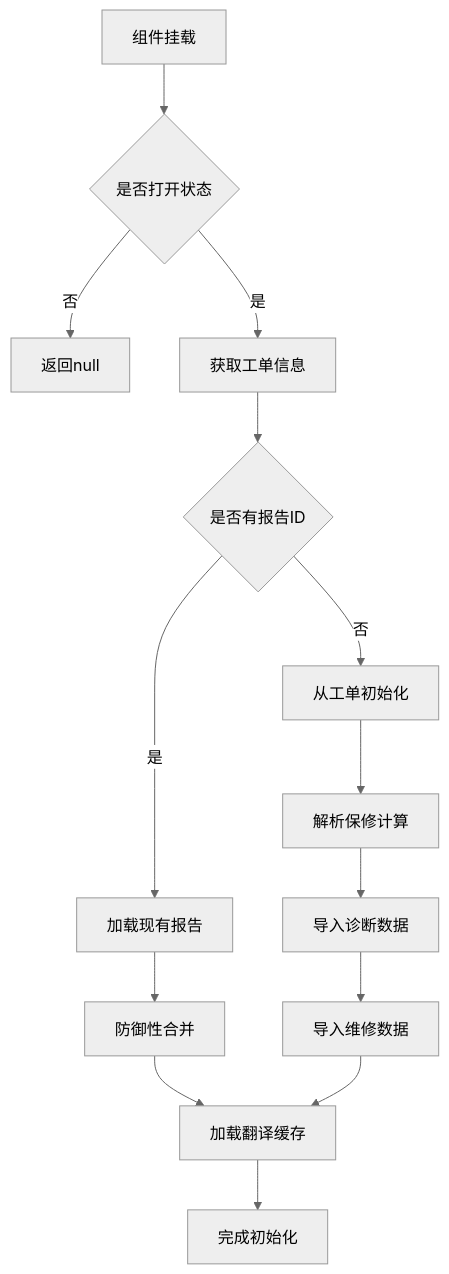
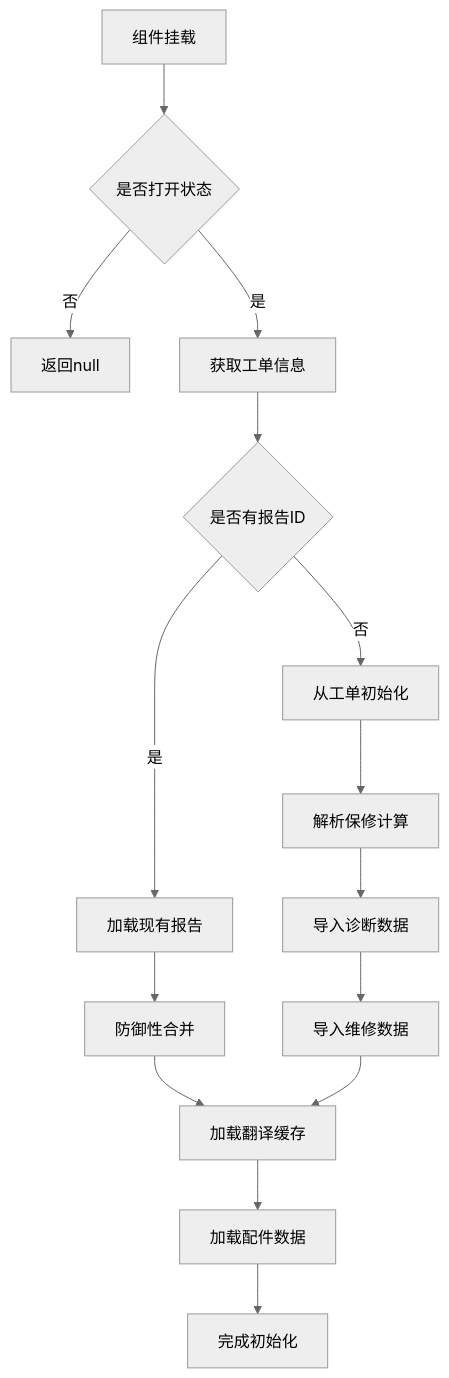
Before and after one commit to CubeEdge/Longhorn: the sixth of 45 diagrams in .qoder/repowiki/zh/content/Repair Report Editor Component.md, drawn with Mermaid (neutral theme). The commit also changed other lines of this file and 28 other files, not shown here.

````diff
--- a/.qoder/repowiki/zh/content/Repair Report Editor Component.md
+++ b/.qoder/repowiki/zh/content/Repair Report Editor Component.md
@@ -340,16 +411,17 @@
 ```mermaid
 flowchart TD
 A[组件挂载] --> B{是否打开状态}
 B --> |否| C[返回null]
 B --> |是| D[获取工单信息]
 D --> E{是否有报告ID}
 E --> |是| F[加载现有报告]
 E --> |否| G[从工单初始化]
 F --> H[防御性合并]
 G --> I[解析保修计算]
 I --> J[导入诊断数据]
 J --> K[导入维修数据]
 H --> L[加载翻译缓存]
 K --> L
-L --> M[完成初始化]
+L --> M[加载配件数据]
+M --> N[完成初始化]
 ```
````
